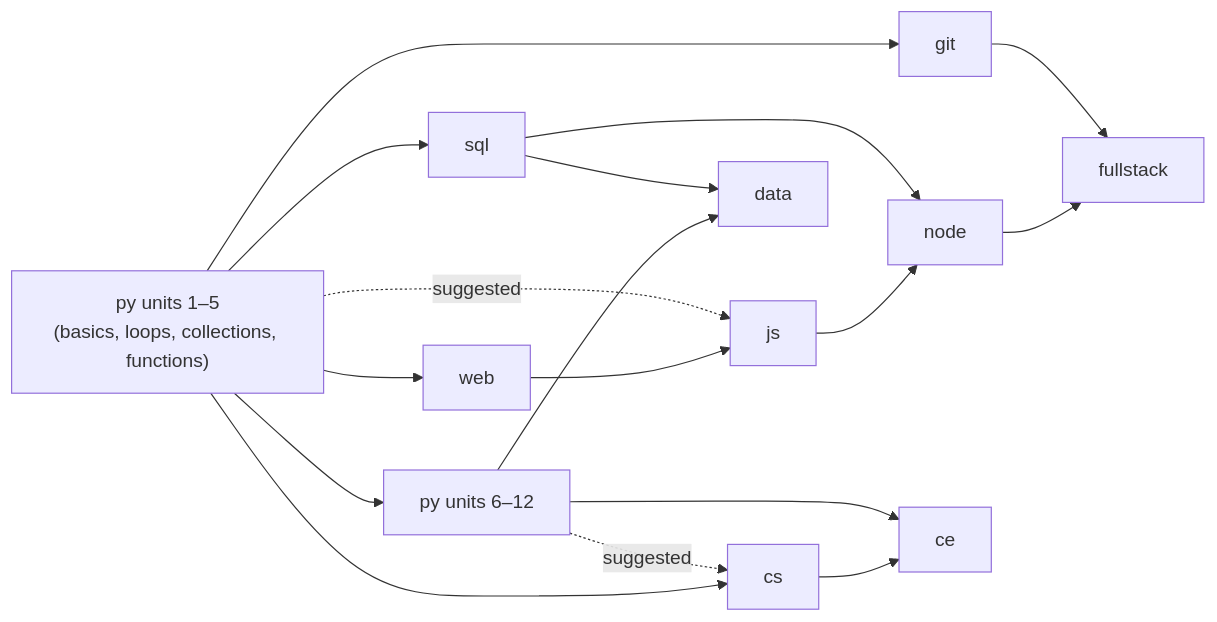
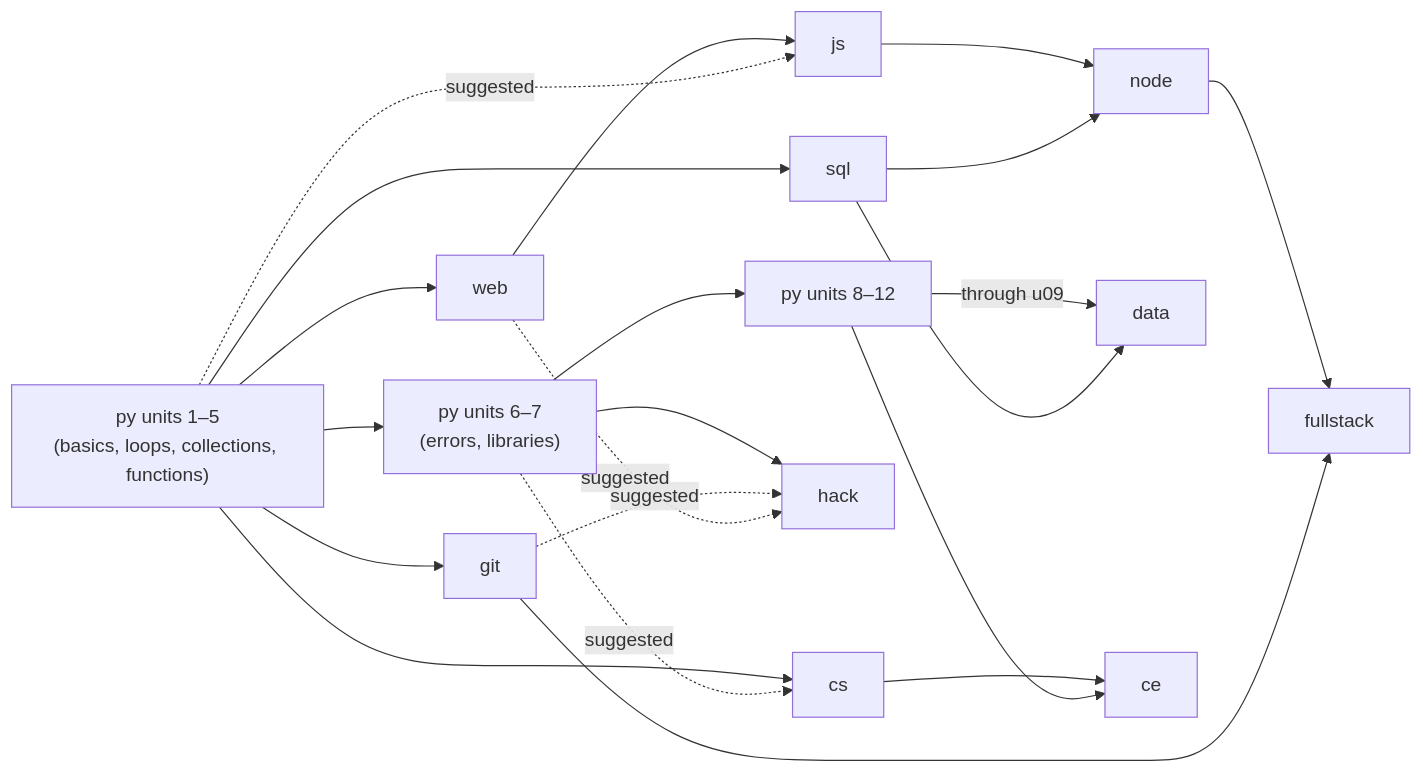
The diagram in docs/plan/course-catalog.md (lucasdt416-design/python-academy), drawn with Mermaid before and after one commit. The commit also changed other lines of this file, not shown here.

````diff
--- a/docs/plan/course-catalog.md
+++ b/docs/plan/course-catalog.md
@@ -123,19 +130,23 @@
 ```mermaid
 graph LR
-  py_core["py units 1–5<br/>(basics, loops, collections, functions)"] --> py_rest["py units 6–12"]
+  py_core["py units 1–5<br/>(basics, loops, collections, functions)"] --> py_mid["py units 6–7<br/>(errors, libraries)"]
+  py_mid --> py_late["py units 8–12"]
   py_core --> git
   py_core --> web
   py_core --> sql
   py_core --> cs
+  py_mid --> hack
+  git -.suggested.-> hack
+  web -.suggested.-> hack
   web --> js
   py_core -.suggested.-> js
   js --> node
   sql --> node
-  py_rest --> data
+  py_late -->|through u09| data
   sql --> data
   node --> fullstack
   git --> fullstack
-  py_rest -.suggested.-> cs
+  py_mid -.suggested.-> cs
   cs --> ce
-  py_rest --> ce
+  py_late --> ce
 ```
````
